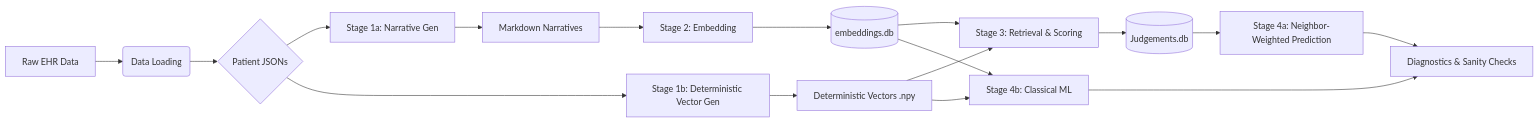
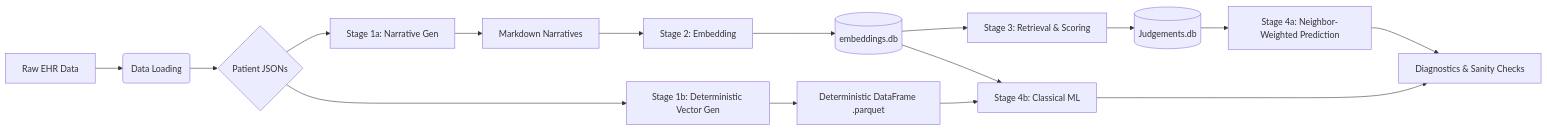
The first of 2 diagrams in research/TRD-EHR/README.md (Pirate-Hunter-Zoro/Atlas), drawn with Mermaid before and after one commit. The commit also changed other lines of this file and 3 other files, not shown here.

Commit message:
ready to refactor deterministic vectors

````diff
--- a/research/TRD-EHR/README.md
+++ b/research/TRD-EHR/README.md
@@ -15,19 +15,18 @@
 ```mermaid
 graph LR
     A[Raw EHR Data] --> B(Data Loading)
     B --> C{Patient JSONs}
     C --> D[Stage 1a: Narrative Gen]
     C --> E[Stage 1b: Deterministic Vector Gen]
     D --> F[Markdown Narratives]
     F --> G[Stage 2: Embedding]
     G --> H[(embeddings.db)]
-    E --> I[Deterministic Vectors .npy]
+    E --> I[Deterministic DataFrame .parquet]
     H --> J[Stage 3: Retrieval & Scoring]
-    I --> J
     J --> K[(Judgements.db)]
     K --> L[Stage 4a: Neighbor-Weighted Prediction]
     I --> M[Stage 4b: Classical ML]
     H --> M
     L --> N[Diagnostics & Sanity Checks]
     M --> N
 ```
````
